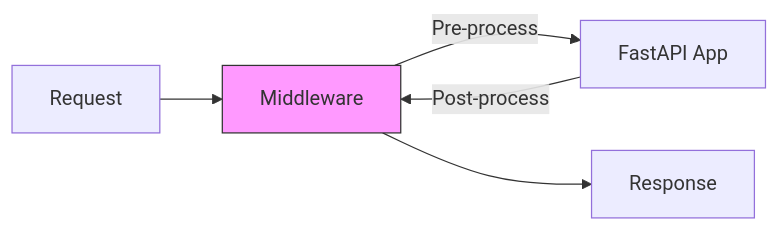
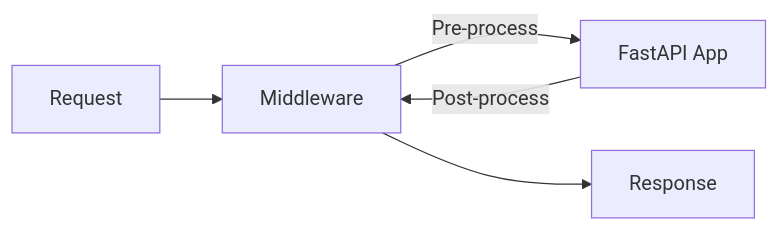
One commit to Devliang24/bloghub changed the diagram in fastapi/15-中间件与CORS.md. Above: the diagram before and after it, drawn with Mermaid. The commit also changed 8 other files, not shown here.

Commit message:
🎨 移除 Mermaid 流程图的节点颜色样式

````diff
--- a/fastapi/15-中间件与CORS.md
+++ b/fastapi/15-中间件与CORS.md
@@ -18,9 +18,8 @@
 ```mermaid
 graph LR
     Req[Request] --> Middleware
     Middleware -- Pre-process --> App["FastAPI App"]
     App -- Post-process --> Middleware
     Middleware --> Res[Response]
     
-    style Middleware fill:#f9f,stroke:#333
 ```
````
